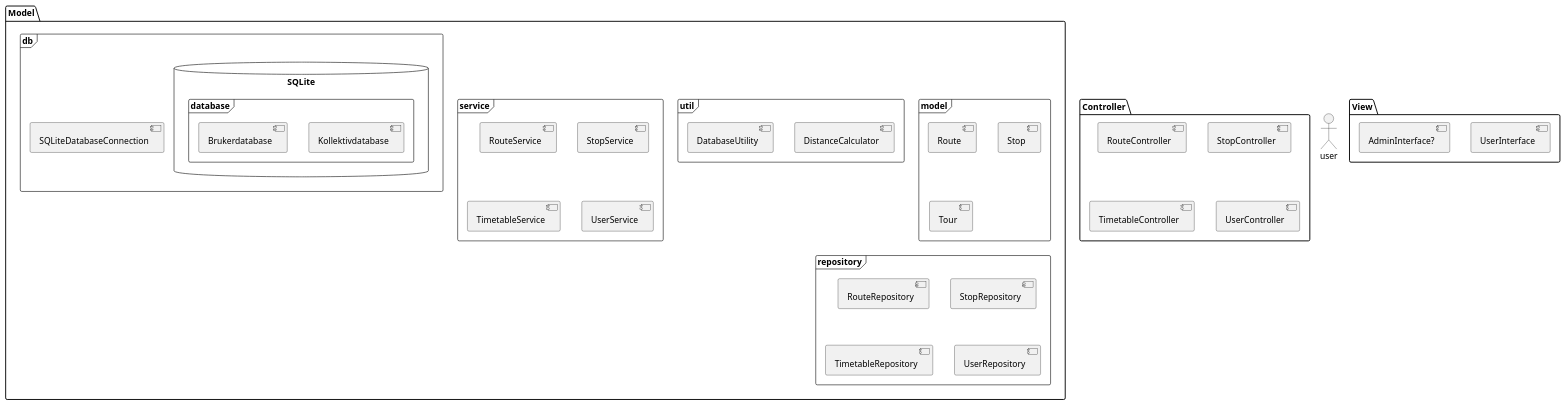
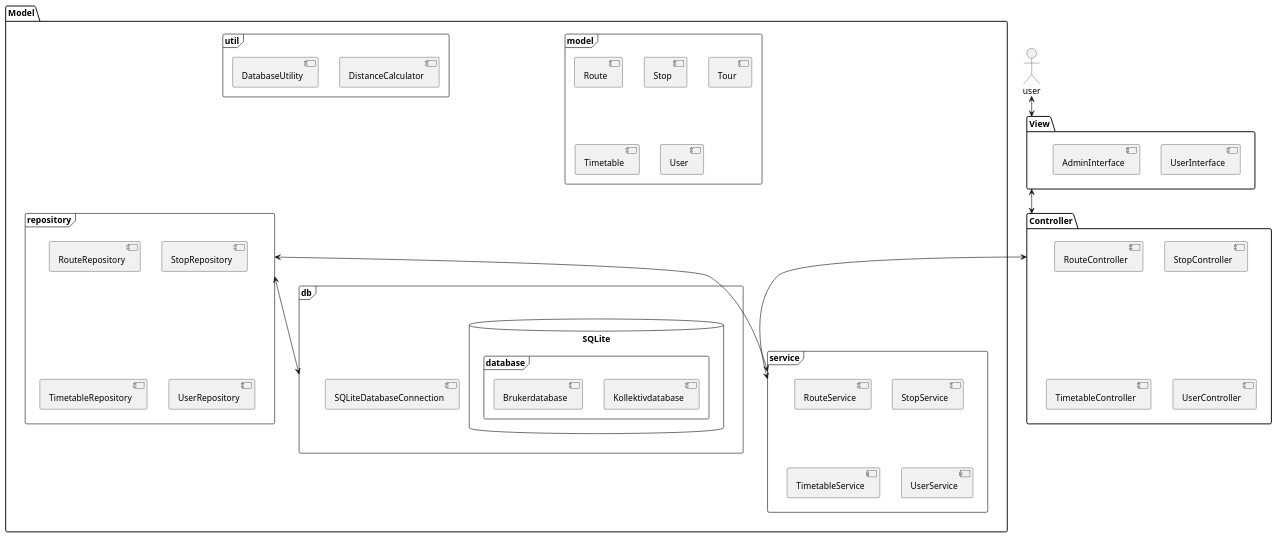
Before and after one commit to Wilbnil/SoftwareEngineering17---Kollektivtrafikk: the diagram in MainProject/diagram/Sprint4ComponentDiagram.puml, drawn with PlantUML.

Commit message:
On branch 54-class-diagram: Updated Sprint4ComponentDiagram with recent changes and added connection between packages.

```diff
--- a/MainProject/diagram/Sprint4ComponentDiagram.puml
+++ b/MainProject/diagram/Sprint4ComponentDiagram.puml
@@ -1,56 +1,59 @@
 @startuml
 'https://plantuml.com/component-diagram
 
 actor user
 package "Model" {
   frame "model" {
     [Route]
     [Stop]
     [Tour]
+    [Timetable]
+    [User]
 
   }
   frame "util" {
     [DistanceCalculator]
     [DatabaseUtility]
   }
   frame "service" {
     [RouteService]
     [StopService]
     [TimetableService]
     [UserService]
   }
   frame "repository"{
     [RouteRepository]
     [StopRepository]
     [TimetableRepository]
     [UserRepository]
   }
   frame "db" {
     [SQLiteDatabaseConnection]
     database "SQLite" {
        frame "database" {
          [Kollektivdatabase]
          [Brukerdatabase]
        }
      }
   }
 }
 
 package "Controller" {
   [RouteController]
   [StopController]
   [TimetableController]
   [UserController]
 }
 
 package "View" {
     [UserInterface]
-    [AdminInterface?]
+    [AdminInterface]
 }
-'[DatabaseConnection] <--> [Kollektivdatabase]
-'[FrontendController] <--> [UserInterface]
-'[FrontendController] <--> [Modellklasser]
-'user <--> [UserInterface]
+[user] <--> [View]
+[View] <--> [Controller]
+[Controller] <--> [service]
+[repository] <--> [service]
+[repository] <--> [db]
 
 
 @enduml
```
